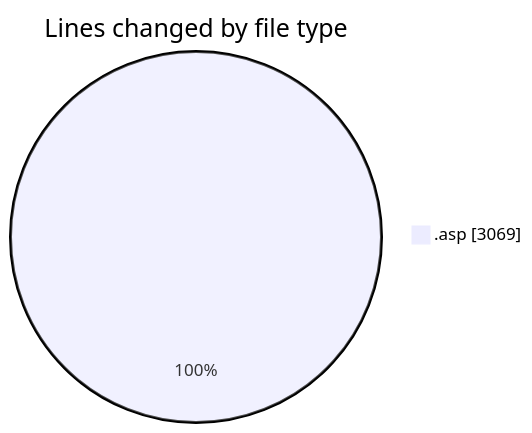
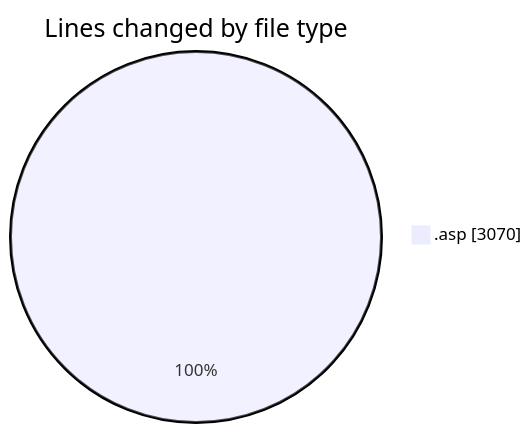
One commit to julien-gomy/code-tracking changed the first of 2 diagrams in 2025-11-27/cdp_aleoudev_fr__workspace_/README.md. Above: the diagram before and after it, drawn with Mermaid. The commit also changed other lines of this file and 1 other file, not shown here.

````diff
--- a/2025-11-27/cdp_aleoudev_fr__workspace_/README.md
+++ b/2025-11-27/cdp_aleoudev_fr__workspace_/README.md
@@ -21,5 +21,5 @@
 ```mermaid
 pie showData
 title Lines changed by file type
-".asp" : 3069
+".asp" : 3070
 ```
````
